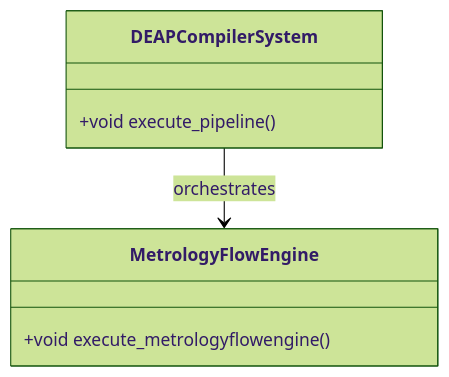
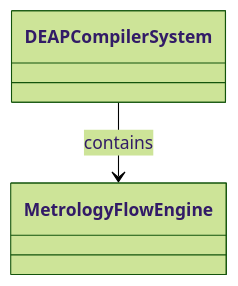
One commit to gintatkinson/dumpiler-01 changed the diagram in docs/features/FEAT-26-MetrologyFlowEngine.md. Above: the diagram before and after it, drawn with Mermaid (forest theme). The commit also changed other lines of this file and 101 other files, not shown here.

````diff
--- a/docs/features/FEAT-26-MetrologyFlowEngine.md
+++ b/docs/features/FEAT-26-MetrologyFlowEngine.md
@@ -25,10 +29,6 @@
 ```mermaid
 classDiagram
-    class DEAPCompilerSystem {
-        +void execute_pipeline()
-    }
-    class MetrologyFlowEngine {
-        +void execute_metrologyflowengine()
-    }
-    DEAPCompilerSystem --> MetrologyFlowEngine : orchestrates
+    class DEAPCompilerSystem
+    class MetrologyFlowEngine
+    DEAPCompilerSystem --> MetrologyFlowEngine : contains
 ```
````
